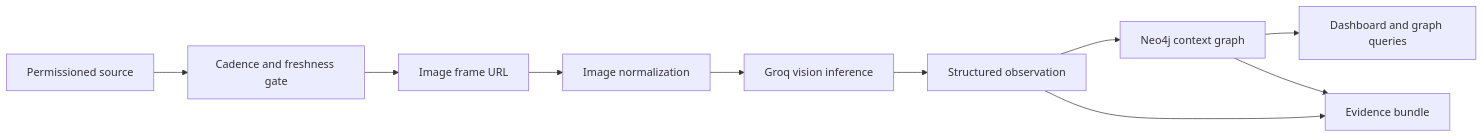
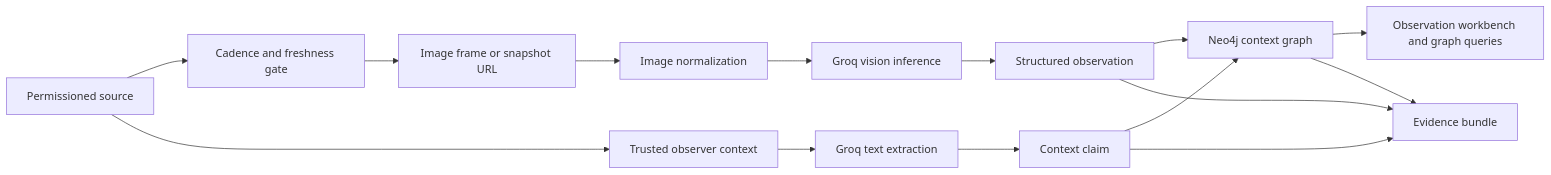
One commit to rahshank/conservation-signal-graph changed the diagram in docs/context/Pipeline_Explainer.md. Above: the diagram before and after it, drawn with Mermaid. The commit also changed other lines of this file and 24 other files, not shown here.

Commit message:
Add Ethogram Graph cadence probe

````diff
--- a/docs/context/Pipeline_Explainer.md
+++ b/docs/context/Pipeline_Explainer.md
@@ -10,12 +10,17 @@
 ```mermaid
 flowchart LR
   A["Permissioned source"] --> B["Cadence and freshness gate"]
-  B --> C["Image frame URL"]
+  B --> C["Image frame or snapshot URL"]
   C --> D["Image normalization"]
   D --> E["Groq vision inference"]
+  A --> J["Trusted observer context"]
+  J --> K["Groq text extraction"]
   E --> F["Structured observation"]
+  K --> L["Context claim"]
   F --> G["Neo4j context graph"]
-  G --> H["Dashboard and graph queries"]
+  L --> G
+  G --> H["Observation workbench and graph queries"]
   F --> I["Evidence bundle"]
+  L --> I
   G --> I
 ```
````
